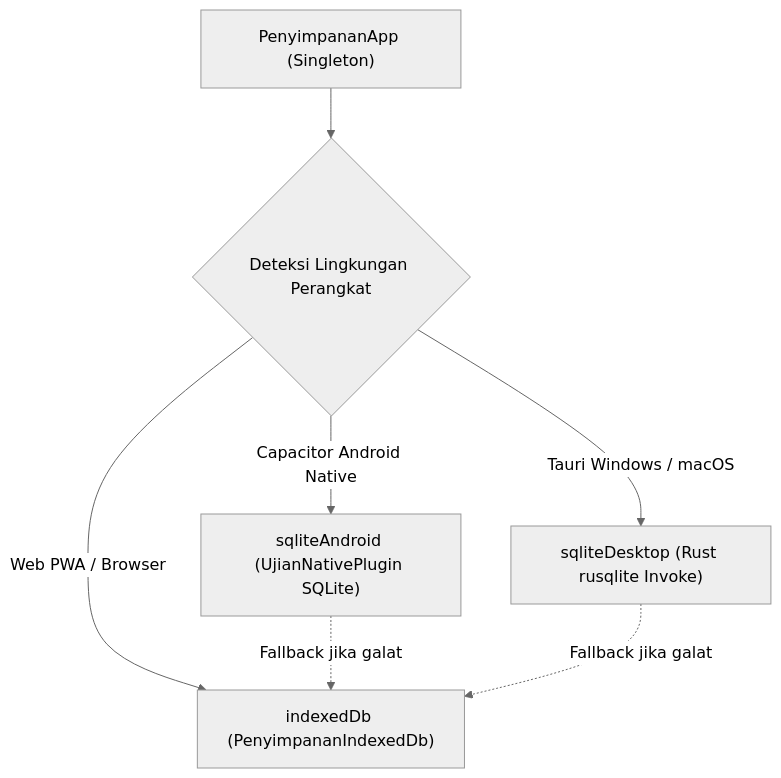
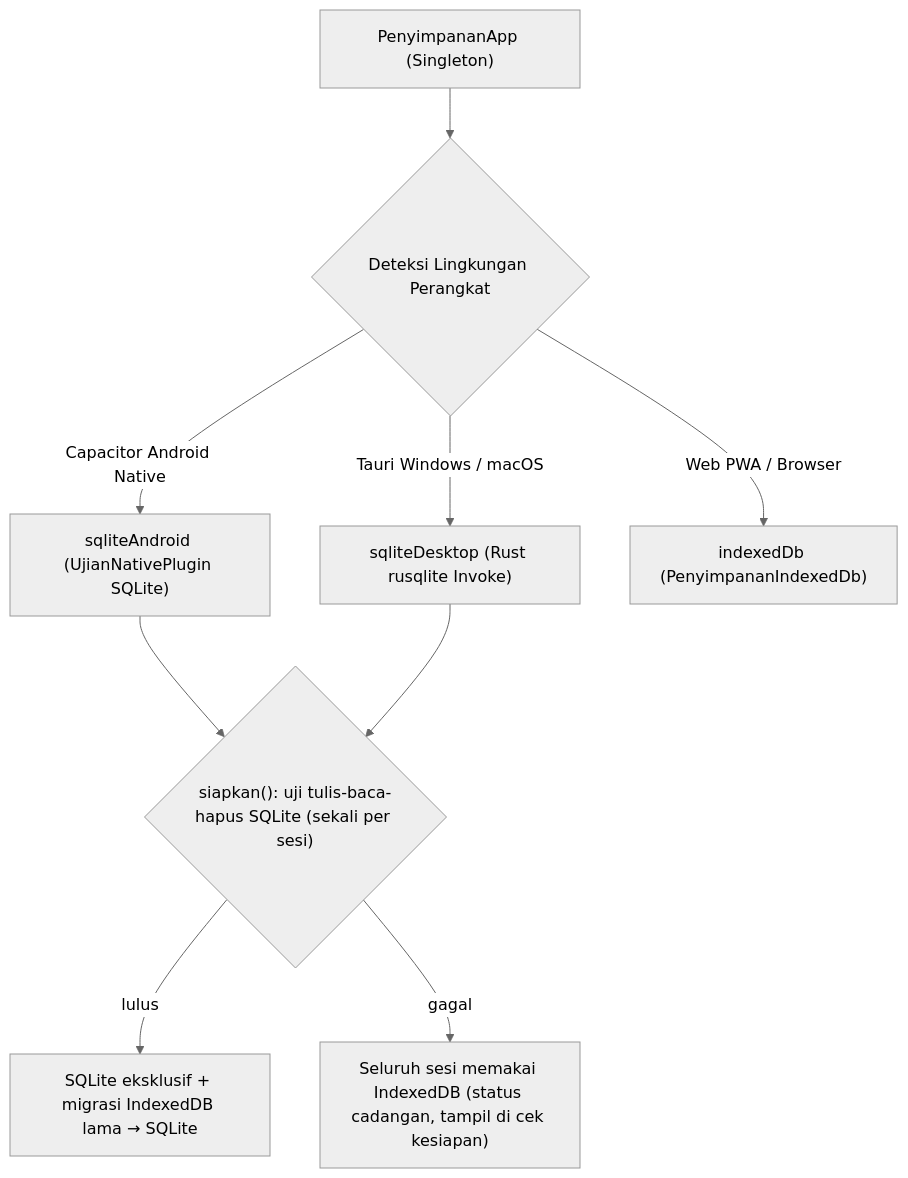
One commit to rsuregar/erapor-cbt changed the diagram in docs/arsitektur-dan-offline-desktop.md. Above: the diagram before and after it, drawn with Mermaid (neutral theme). The commit also changed other lines of this file and 8 other files, not shown here.

First line of the commit message:
fix(native): app Android & desktop memakai SQLite secara eksklusif

````diff
--- a/docs/arsitektur-dan-offline-desktop.md
+++ b/docs/arsitektur-dan-offline-desktop.md
@@ -74,9 +75,11 @@
 ```mermaid
 flowchart TD
     A["PenyimpananApp (Singleton)"] --> B{"Deteksi Lingkungan Perangkat"}
     B -->|"Capacitor Android Native"| C["sqliteAndroid (UjianNativePlugin SQLite)"]
     B -->|"Tauri Windows / macOS"| D["sqliteDesktop (Rust rusqlite Invoke)"]
     B -->|"Web PWA / Browser"| E["indexedDb (PenyimpananIndexedDb)"]
-    C -.->|"Fallback jika galat"| E
-    D -.->|"Fallback jika galat"| E
+    C --> F{"siapkan(): uji tulis-baca-hapus SQLite (sekali per sesi)"}
+    D --> F
+    F -->|"lulus"| G["SQLite eksklusif + migrasi IndexedDB lama → SQLite"]
+    F -->|"gagal"| H["Seluruh sesi memakai IndexedDB (status cadangan, tampil di cek kesiapan)"]
 ```
````
